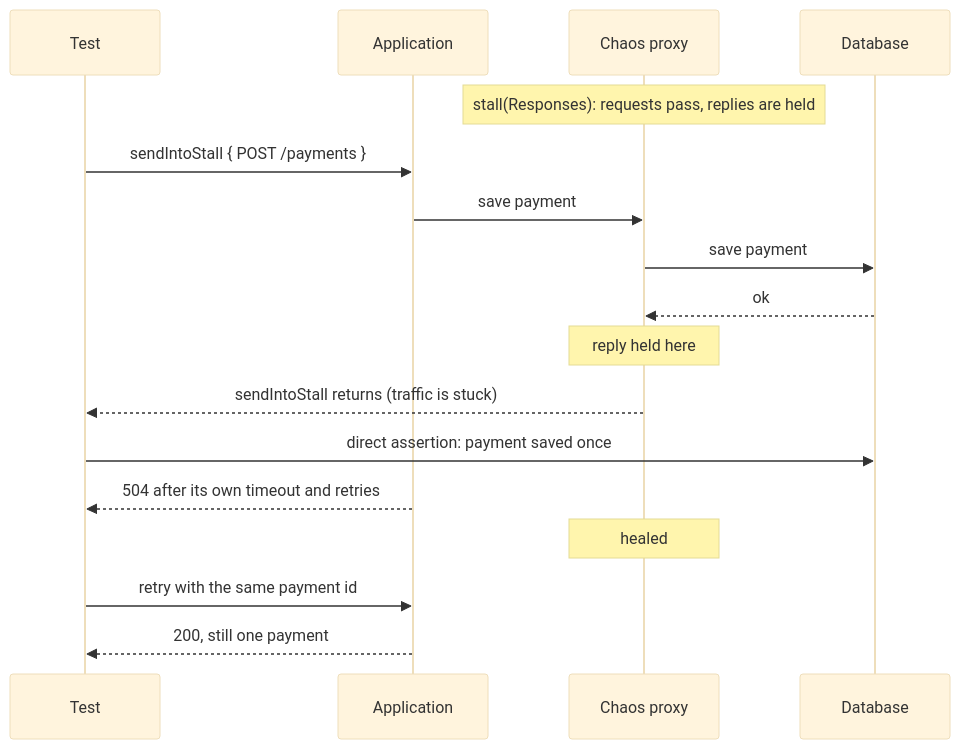
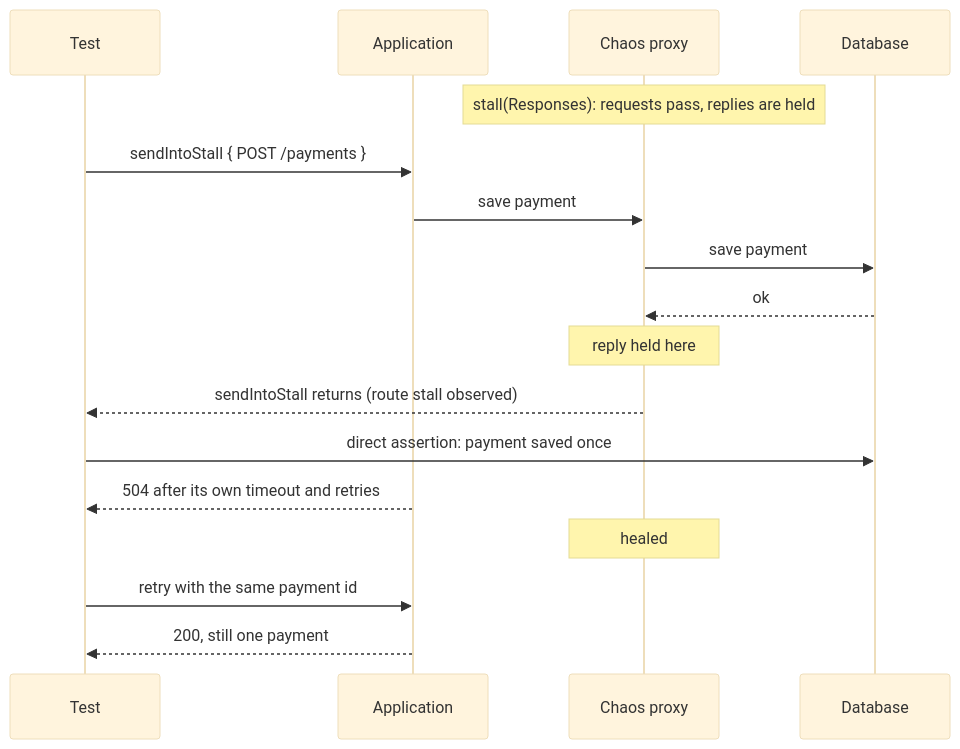
The third of 4 diagrams in docs/chaos-testing.md (Trendyol/stove), drawn with Mermaid (base theme) before and after one commit. The commit also changed other lines of this file and 5 other files, not shown here.

````diff
--- a/docs/chaos-testing.md
+++ b/docs/chaos-testing.md
@@ -133,20 +135,20 @@
 ```mermaid
 sequenceDiagram
     participant T as Test
     participant A as Application
     participant P as Chaos proxy
     participant D as Database
 
     Note over P: stall(Responses): requests pass, replies are held
     T->>A: sendIntoStall { POST /payments }
     A->>P: save payment
     P->>D: save payment
     D-->>P: ok
     Note over P: reply held here
-    P-->>T: sendIntoStall returns (traffic is stuck)
+    P-->>T: sendIntoStall returns (route stall observed)
     T->>D: direct assertion: payment saved once
     A-->>T: 504 after its own timeout and retries
     Note over P: healed
     T->>A: retry with the same payment id
     A-->>T: 200, still one payment
 ```
````
